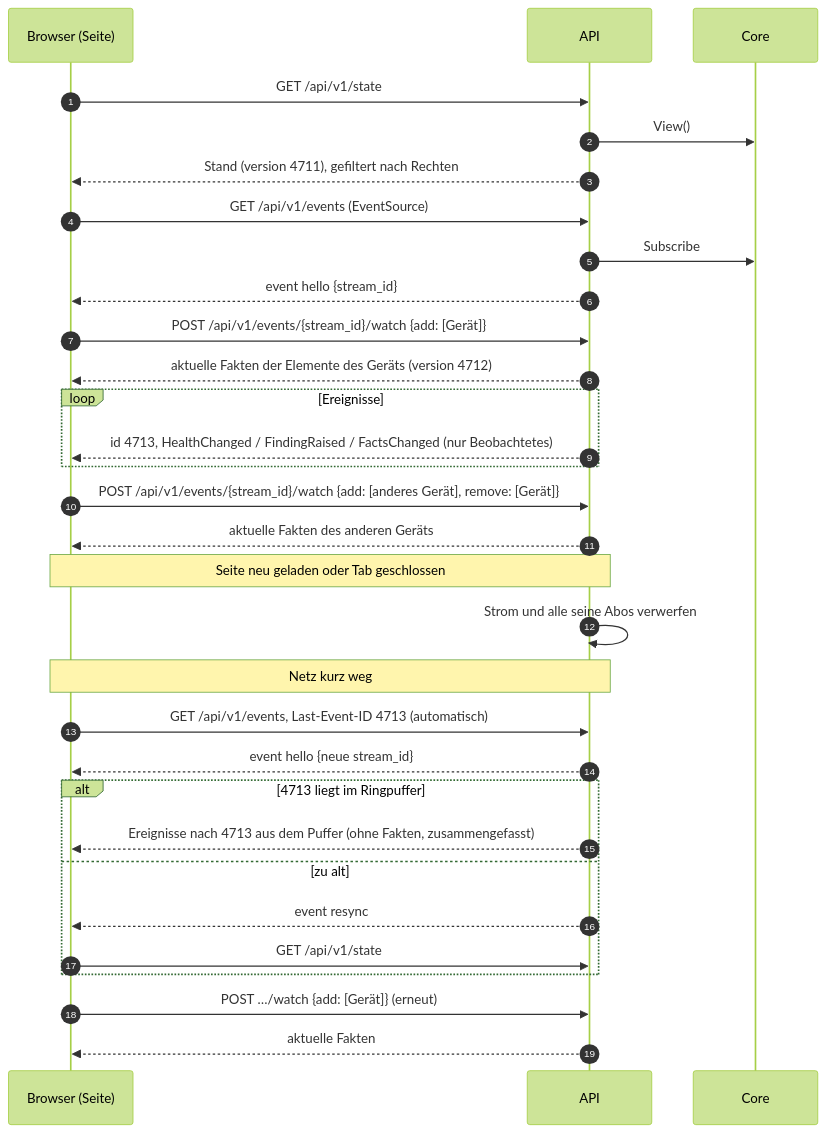
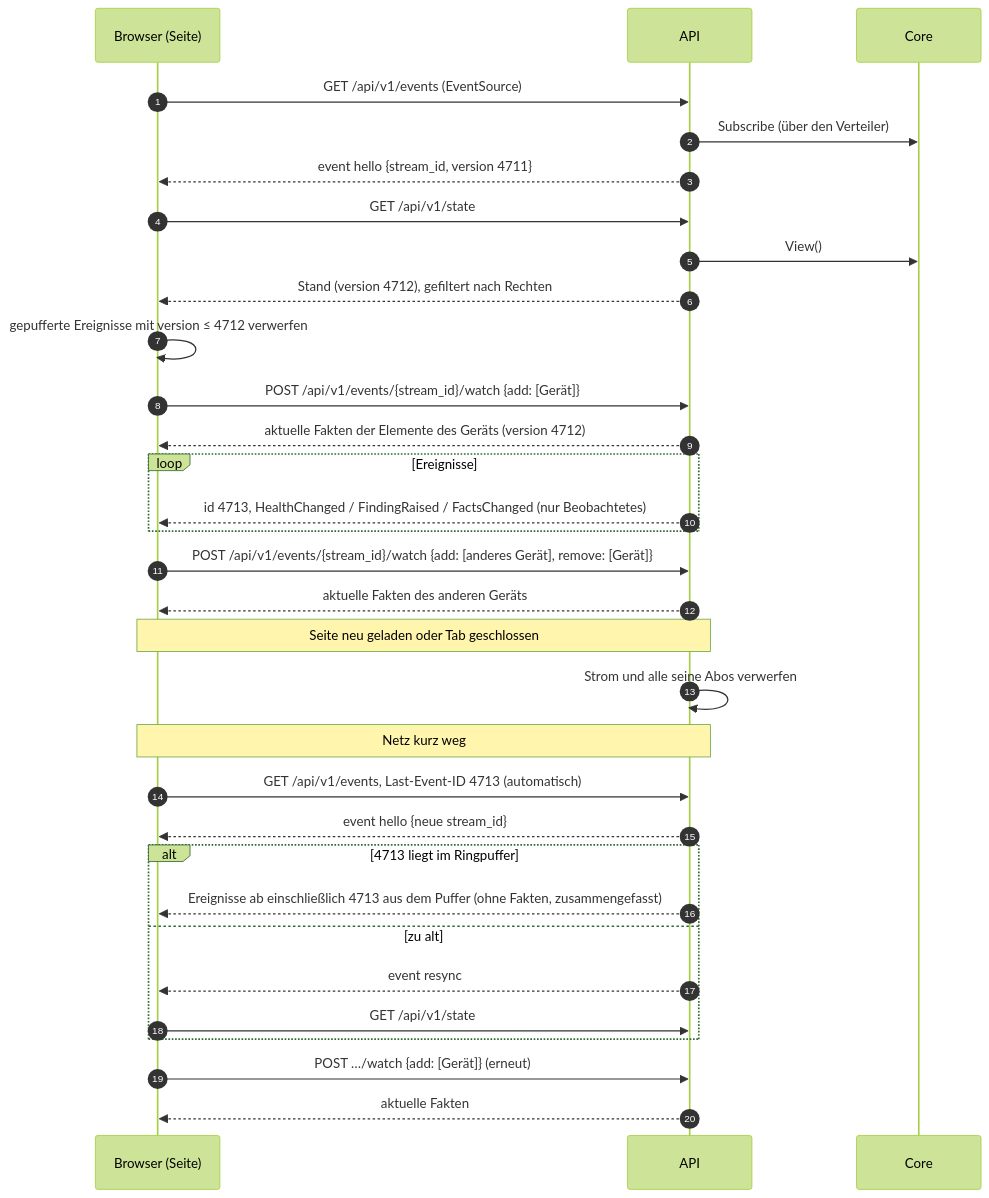
One commit to lukirs95/monika changed the diagram in docs/contracts/api.md. Above: the diagram before and after it, drawn with Mermaid (forest theme). The commit also changed other lines of this file and 9 other files, not shown here.

````diff
--- a/docs/contracts/api.md
+++ b/docs/contracts/api.md
@@ -76,34 +79,35 @@
 ```mermaid
 sequenceDiagram
     autonumber
     participant B as Browser (Seite)
     participant A as API
     participant C as Core
 
+    B->>A: GET /api/v1/events (EventSource)
+    A->>C: Subscribe (über den Verteiler)
+    A-->>B: event hello {stream_id, version 4711}
     B->>A: GET /api/v1/state
     A->>C: View()
-    A-->>B: Stand (version 4711), gefiltert nach Rechten
-    B->>A: GET /api/v1/events (EventSource)
-    A->>C: Subscribe
-    A-->>B: event hello {stream_id}
+    A-->>B: Stand (version 4712), gefiltert nach Rechten
+    B->>B: gepufferte Ereignisse mit version ≤ 4712 verwerfen
     B->>A: POST /api/v1/events/{stream_id}/watch {add: [Gerät]}
     A-->>B: aktuelle Fakten der Elemente des Geräts (version 4712)
     loop Ereignisse
         A-->>B: id 4713, HealthChanged / FindingRaised / FactsChanged (nur Beobachtetes)
     end
     B->>A: POST /api/v1/events/{stream_id}/watch {add: [anderes Gerät], remove: [Gerät]}
     A-->>B: aktuelle Fakten des anderen Geräts
     Note over B,A: Seite neu geladen oder Tab geschlossen
     A->>A: Strom und alle seine Abos verwerfen
     Note over B,A: Netz kurz weg
     B->>A: GET /api/v1/events, Last-Event-ID 4713 (automatisch)
     A-->>B: event hello {neue stream_id}
     alt 4713 liegt im Ringpuffer
-        A-->>B: Ereignisse nach 4713 aus dem Puffer (ohne Fakten, zusammengefasst)
+        A-->>B: Ereignisse ab einschließlich 4713 aus dem Puffer (ohne Fakten, zusammengefasst)
     else zu alt
         A-->>B: event resync
         B->>A: GET /api/v1/state
     end
     B->>A: POST …/watch {add: [Gerät]} (erneut)
     A-->>B: aktuelle Fakten
 ```
````
